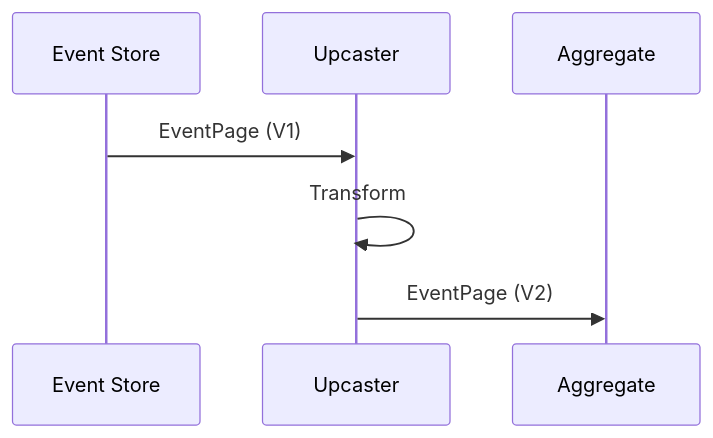
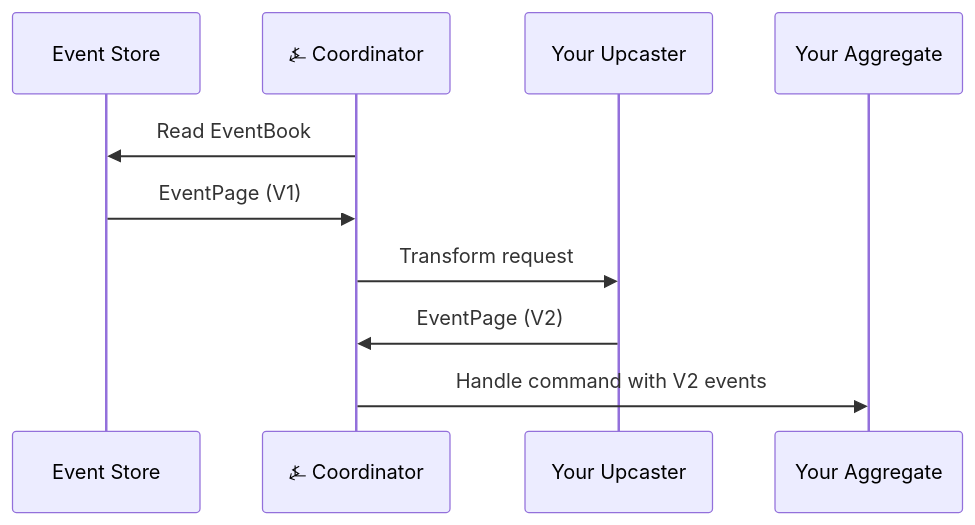
One commit to benjaminabbitt/angzarr changed the diagram in docs/docs/components/index.mdx. Above: the diagram before and after it, drawn with Mermaid. The commit also changed other lines of this file and 1 other file, not shown here.

Commit message:
Move upcaster into aggregate pod in architecture diagrams

````diff
--- a/docs/docs/components/index.mdx
+++ b/docs/docs/components/index.mdx
@@ -88,10 +90,13 @@
 ```mermaid
 sequenceDiagram
     participant ES as Event Store
-    participant U as Upcaster
-    participant A as Aggregate
+    participant C as ⍼ Coordinator
+    participant U as Your Upcaster
+    participant A as Your Aggregate
 
-    ES->>U: EventPage (V1)
-    U->>U: Transform
-    U->>A: EventPage (V2)
+    C->>ES: Read EventBook
+    ES->>C: EventPage (V1)
+    C->>U: Transform request
+    U->>C: EventPage (V2)
+    C->>A: Handle command with V2 events
 ```
````
